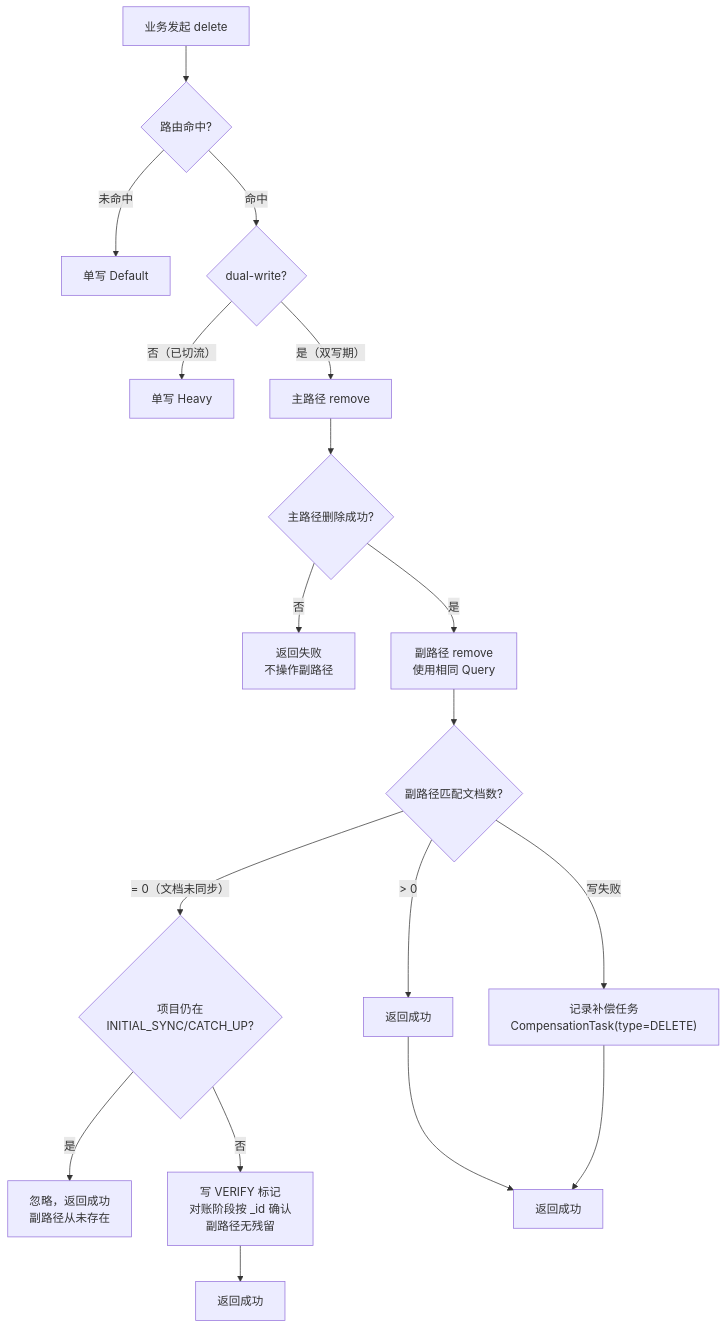
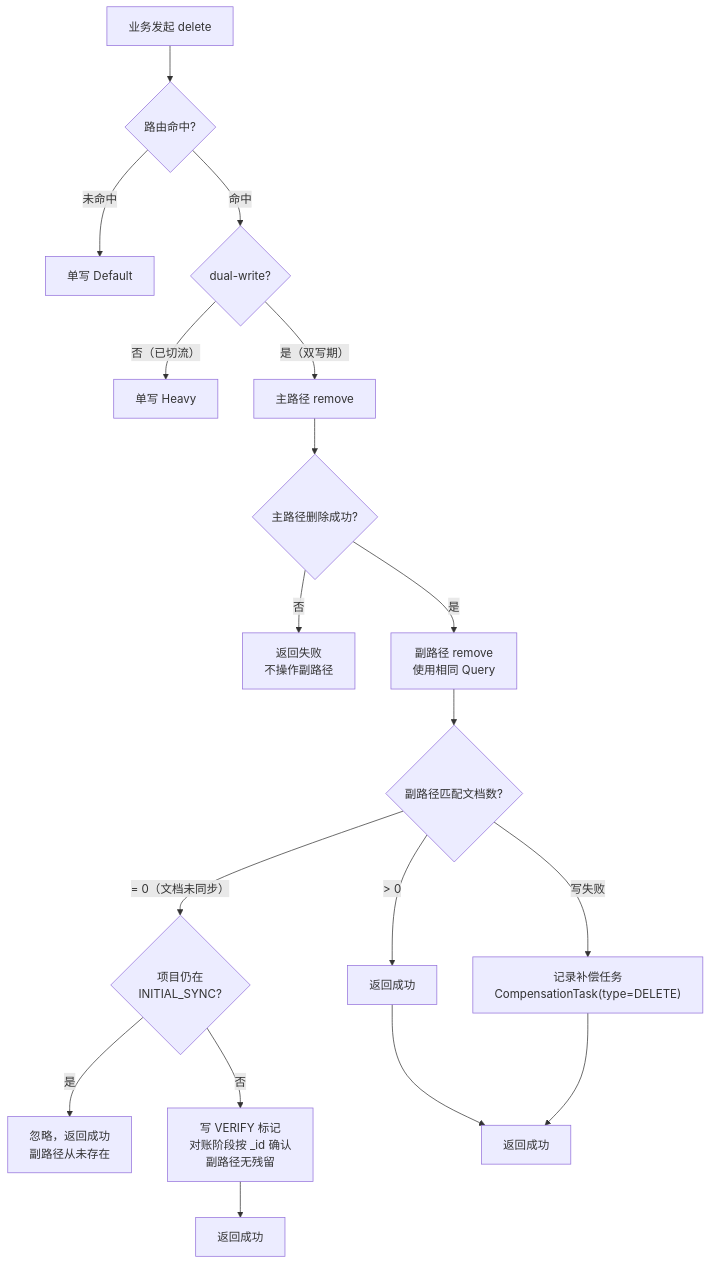
One commit to TencentBlueKing/bk-repo changed diagram 15 of 20 in docs/specification/mongodb-node-sharding-pattern2-node.md. Above: the diagram before and after it, drawn with Mermaid. The commit also changed other lines of this file and 7 other files, not shown here.

````diff
--- a/docs/specification/mongodb-node-sharding-pattern2-node.md
+++ b/docs/specification/mongodb-node-sharding-pattern2-node.md
@@ -1798,23 +1784,23 @@
 ```mermaid
 flowchart TD
     A["业务发起 delete"] --> B{"路由命中?"}
     B -- "未命中" --> C["单写 Default"]
     B -- "命中" --> D{"dual-write?"}
     D -- "否（已切流）" --> E["单写 Heavy"]
     D -- "是（双写期）" --> F["主路径 remove"]
 
     F --> G{"主路径删除成功?"}
     G -- "否" --> H["返回失败\n不操作副路径"]
     G -- "是" --> I["副路径 remove\n使用相同 Query"]
 
     I --> J{"副路径匹配文档数?"}
     J -- "> 0" --> K["返回成功"]
-    J -- "= 0（文档未同步）" --> L0{"项目仍在\nINITIAL_SYNC/CATCH_UP?"}
+    J -- "= 0（文档未同步）" --> L0{"项目仍在\nINITIAL_SYNC?"}
     L0 -- 是 --> L["忽略，返回成功\n副路径从未存在"]
     L0 -- 否 --> L1["写 VERIFY 标记\n对账阶段按 _id 确认\n副路径无残留"]
     L1 --> L2["返回成功"]
     J -- "写失败" --> M["记录补偿任务\nCompensationTask(type=DELETE)"]
 
     K --> K1["返回成功"]
     M --> K1
 ```
````
